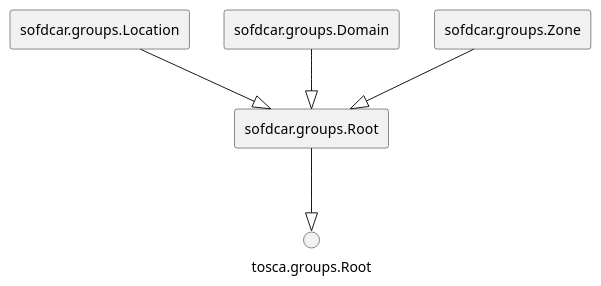
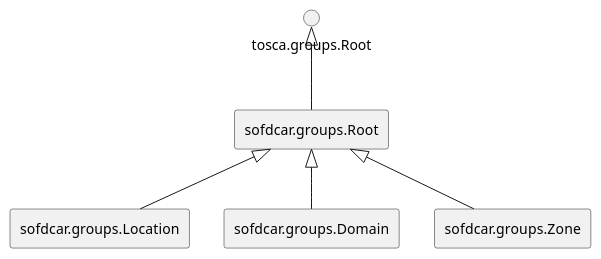
The diagram in docs/docs/sofdcar/tosca-sofdcar-profile.group-types.puml (OpenTOSCA/opentosca-vintner), drawn with PlantUML before and after one commit. The commit also changed 28 other files, not shown here.

```diff
--- a/docs/docs/sofdcar/tosca-sofdcar-profile.group-types.puml
+++ b/docs/docs/sofdcar/tosca-sofdcar-profile.group-types.puml
@@ -1,22 +1,22 @@
 @startuml
 skinparam componentStyle rectangle
 
 
 rectangle "sofdcar.groups.Root"
 
 rectangle "sofdcar.groups.Location"
 
 rectangle "sofdcar.groups.Domain"
 
 rectangle "sofdcar.groups.Zone"
 
 
-"sofdcar.groups.Root" --|> "tosca.groups.Root"
+"tosca.groups.Root" <|-- "sofdcar.groups.Root"
 
-"sofdcar.groups.Location" --|> "sofdcar.groups.Root"
+"sofdcar.groups.Root" <|-- "sofdcar.groups.Location"
 
-"sofdcar.groups.Domain" --|> "sofdcar.groups.Root"
+"sofdcar.groups.Root" <|-- "sofdcar.groups.Domain"
 
-"sofdcar.groups.Zone" --|> "sofdcar.groups.Root"
+"sofdcar.groups.Root" <|-- "sofdcar.groups.Zone"
 
 @enduml
```
